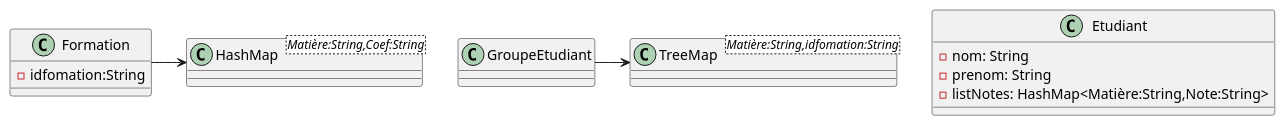
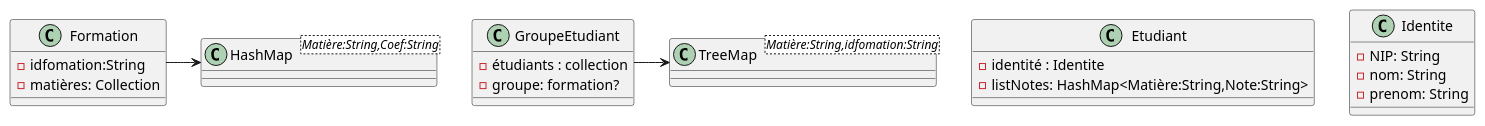
Before and after one commit to celie-ponroy/tp2_ex3_qdev: the diagram in Uml/Etudiant.puml, drawn with PlantUML.

Commit message:
modif UML

```diff
--- a/Uml/Etudiant.puml
+++ b/Uml/Etudiant.puml
@@ -1,19 +1,27 @@
 @startuml
 'https://plantuml.com/class-diagram
 
 class Etudiant{
--nom: String
--prenom: String
--listNotes: HashMap<Matière:String,Note:String>
+- identité : Identite
+- listNotes: HashMap<Matière:String,Note:String>
 }
 
 class HashMap<Matière:String,Coef:String>{}
 class Formation{
 -idfomation:String
+- matières: Collection
 }
 Formation -> HashMap
 
 class TreeMap<Matière:String,idfomation:String>{}
-class GroupeEtudiant{}
+class GroupeEtudiant{
+- étudiants : collection
+- groupe: formation?
+}
+class Identite{
+-NIP: String
+-nom: String
+-prenom: String
+}
 GroupeEtudiant -> TreeMap
 @enduml
```
